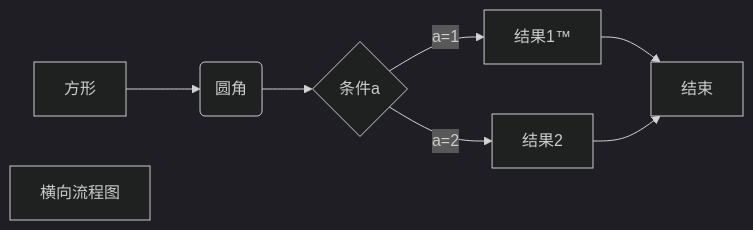
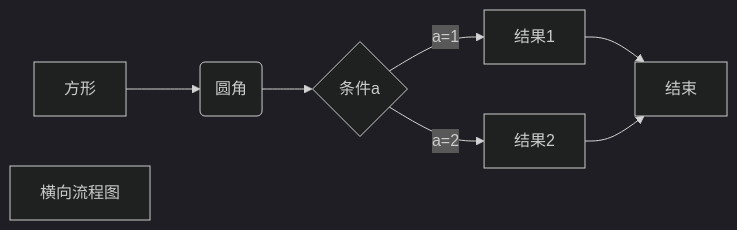
The first of 4 diagrams in Markdown图模板.md (zhensolid/vscode_study), drawn with Mermaid (dark theme) before and after one commit. The commit also changed 1 other file, not shown here.

Commit message:
更新

````diff
--- a/Markdown图模板.md
+++ b/Markdown图模板.md
@@ -25,10 +25,10 @@
 ```mermaid
 graph LR
 A[方形] -->B(圆角)
     B --> C{条件a}
-    C -->|a=1| D[结果1™]
+    C -->|a=1| D[结果1]
     C -->|a=2| E[结果2]
     D -->G[结束]
     E -->G
     F[横向流程图]
 ```
````
